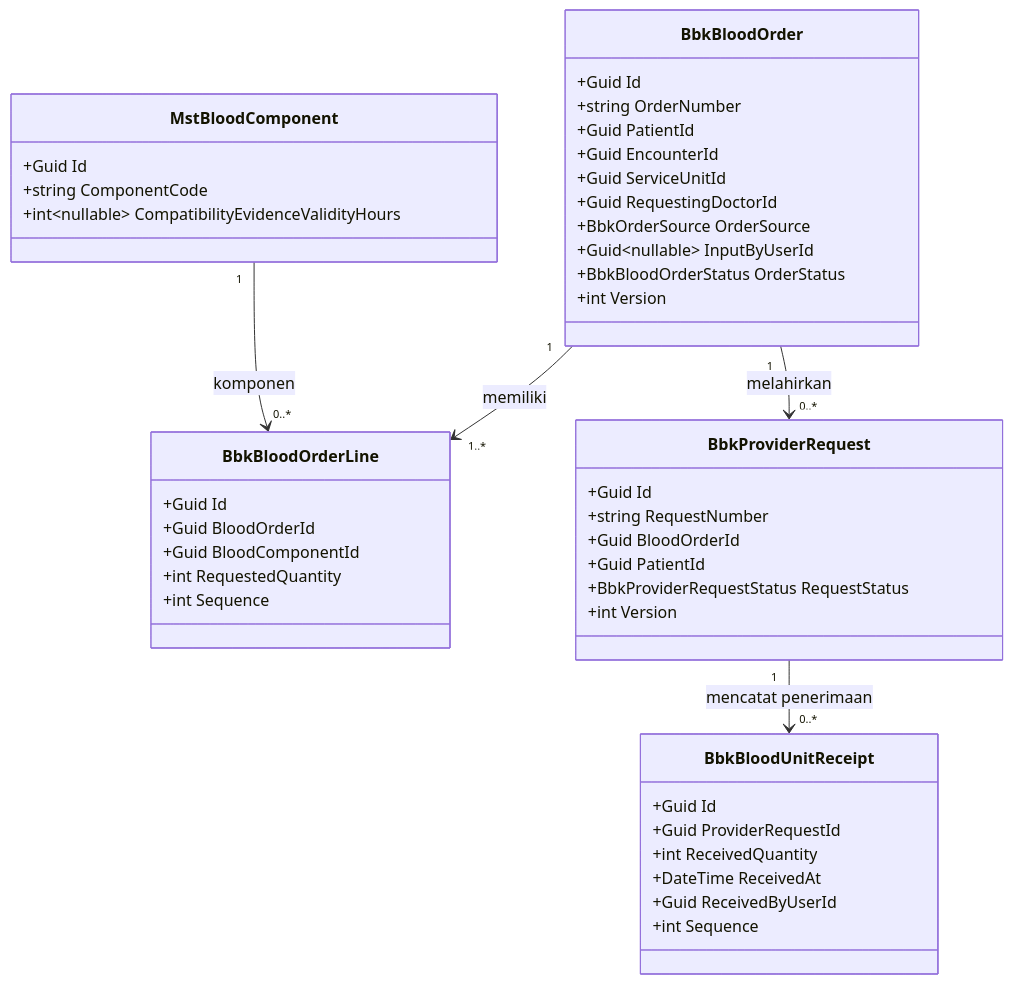
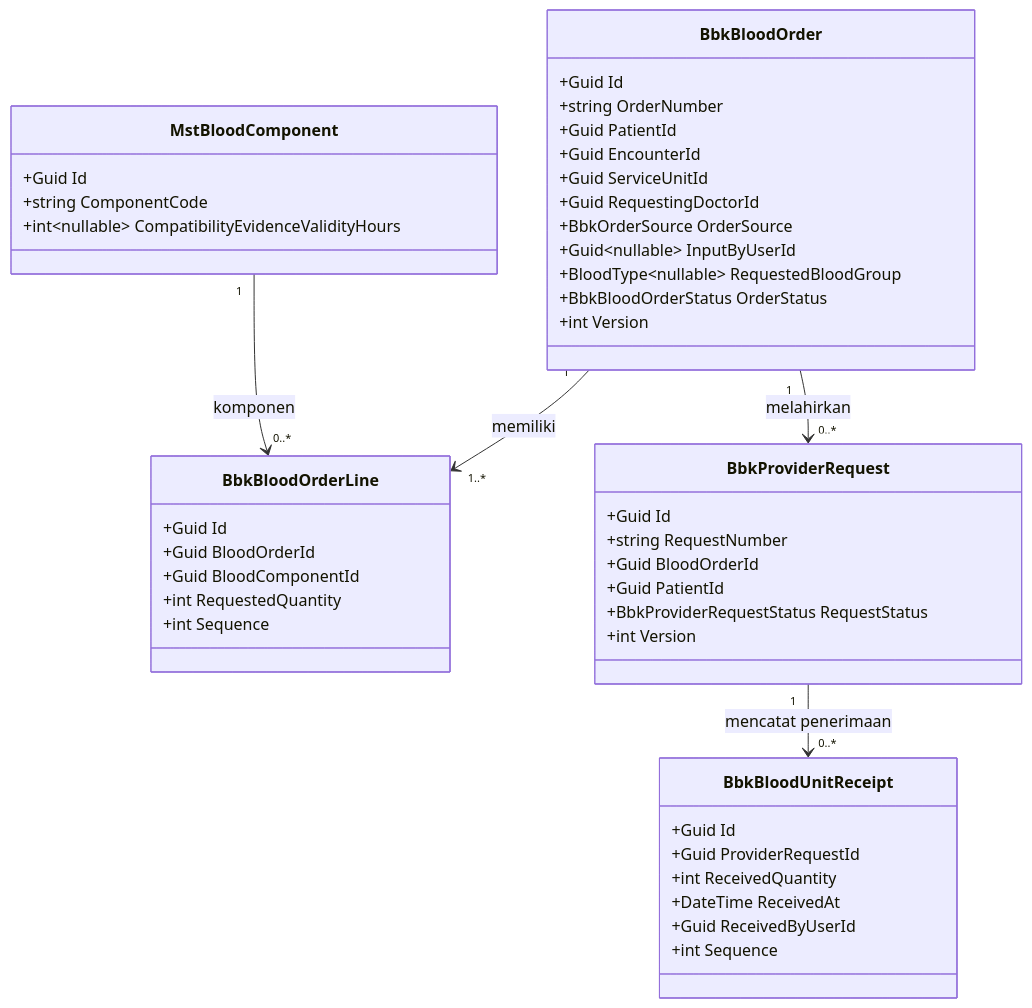
One commit to DevBenari/NewQuilvianSystemBackend changed the first of 4 diagrams in docs/module-blueprints/bank-darah/02-backend-architecture.md. Above: the diagram before and after it, drawn with Mermaid. The commit also changed other lines of this file and 12 other files, not shown here.

````diff
--- a/docs/module-blueprints/bank-darah/02-backend-architecture.md
+++ b/docs/module-blueprints/bank-darah/02-backend-architecture.md
@@ -160,47 +160,48 @@
 ```mermaid
 classDiagram
     class BbkBloodOrder {
         +Guid Id
         +string OrderNumber
         +Guid PatientId
         +Guid EncounterId
         +Guid ServiceUnitId
         +Guid RequestingDoctorId
         +BbkOrderSource OrderSource
         +Guid~nullable~ InputByUserId
+        +BloodType~nullable~ RequestedBloodGroup
         +BbkBloodOrderStatus OrderStatus
         +int Version
     }
     class BbkBloodOrderLine {
         +Guid Id
         +Guid BloodOrderId
         +Guid BloodComponentId
         +int RequestedQuantity
         +int Sequence
     }
     class BbkProviderRequest {
         +Guid Id
         +string RequestNumber
         +Guid BloodOrderId
         +Guid PatientId
         +BbkProviderRequestStatus RequestStatus
         +int Version
     }
     class BbkBloodUnitReceipt {
         +Guid Id
         +Guid ProviderRequestId
         +int ReceivedQuantity
         +DateTime ReceivedAt
         +Guid ReceivedByUserId
         +int Sequence
     }
     class MstBloodComponent {
         +Guid Id
         +string ComponentCode
         +int~nullable~ CompatibilityEvidenceValidityHours
     }
     BbkBloodOrder "1" --> "1..*" BbkBloodOrderLine : memiliki
     MstBloodComponent "1" --> "0..*" BbkBloodOrderLine : komponen
     BbkBloodOrder "1" --> "0..*" BbkProviderRequest : melahirkan
     BbkProviderRequest "1" --> "0..*" BbkBloodUnitReceipt : mencatat penerimaan
 ```
````
